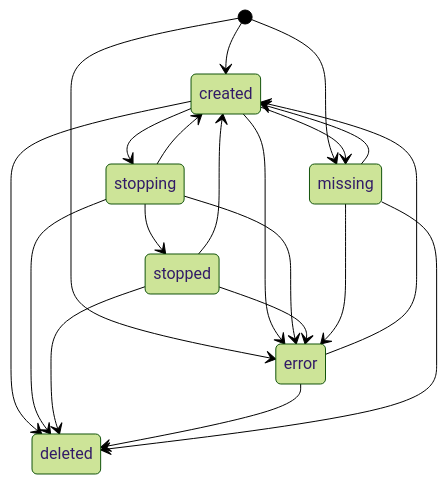
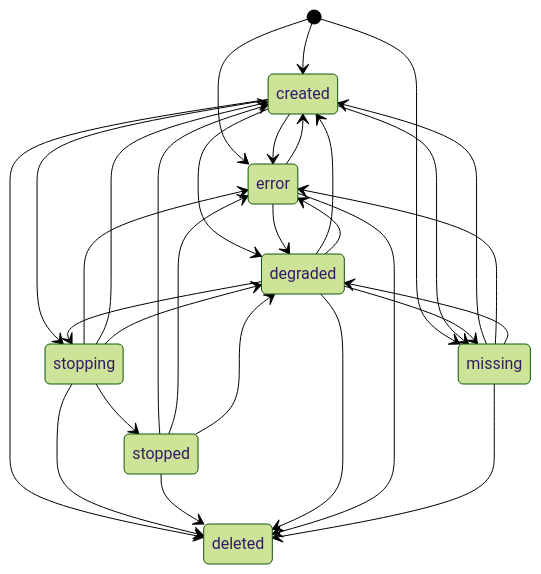
The eighth of 9 diagrams in docs/developer_guide/state_machine.md (shakenfist/shakenfist), drawn with Mermaid (forest theme) before and after one commit. The commit also changed other lines of this file and 6 other files, not shown here.

````diff
--- a/docs/developer_guide/state_machine.md
+++ b/docs/developer_guide/state_machine.md
@@ -274,27 +281,38 @@
 ``` mermaid
 stateDiagram-v2
   [*] --> created
   [*] --> error
   [*] --> missing
 
   created --> deleted
   created --> error
   created --> missing
   created --> stopping
+  created --> degraded
 
   stopping --> stopped
   stopping --> deleted
   stopping --> error
   stopping --> created
+  stopping --> degraded
 
   stopped --> created
   stopped --> deleted
   stopped --> error
+  stopped --> degraded
+
+  degraded --> created
+  degraded --> deleted
+  degraded --> error
+  degraded --> missing
+  degraded --> stopping
 
   error --> created
   error --> deleted
+  error --> degraded
 
   missing --> created
   missing --> deleted
   missing --> error
+  missing --> degraded
 ```
````
